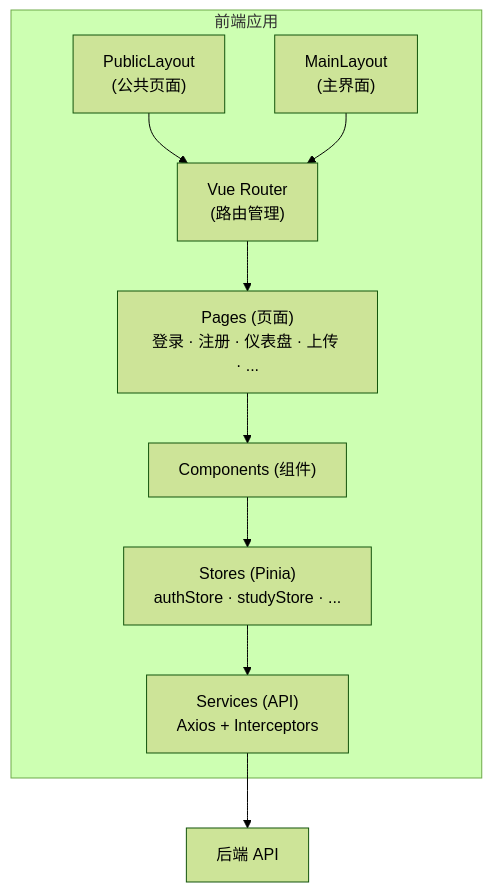
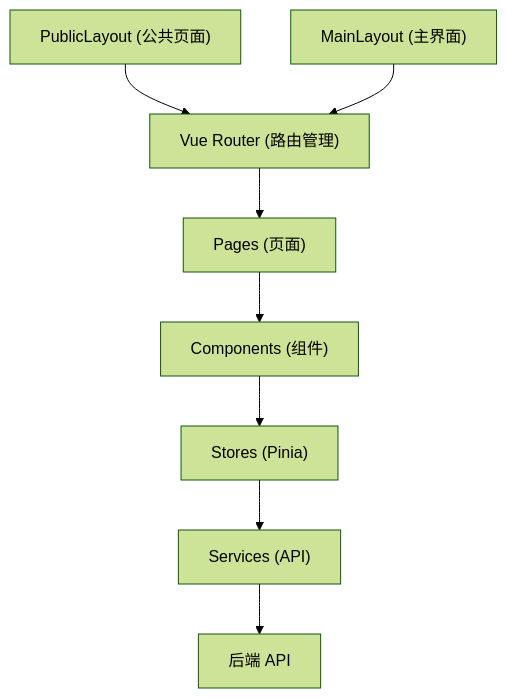
The fourth of 7 diagrams in README.md (xingranya/CervixDetectAI), drawn with Mermaid (forest theme) before and after one commit. The commit also changed other lines of this file and 35 other files, not shown here.

First line of the commit message:
docs(readme): 优化并统一项目文档中的流程图与说明

````diff
--- a/README.md
+++ b/README.md
@@ -256,21 +257,19 @@
 ```mermaid
 flowchart TB
-    subgraph FE["前端应用"]
-        PL["PublicLayout<br/>(公共页面)"]
-        ML["MainLayout<br/>(主界面)"]
-        VR["Vue Router<br/>(路由管理)"]
-        P["Pages (页面)<br/>登录 · 注册 · 仪表盘 · 上传 · ..."]
-        C["Components (组件)"]
-        S["Stores (Pinia)<br/>authStore · studyStore · ..."]
-        SV["Services (API)<br/>Axios + Interceptors"]
-    end
+    PL["PublicLayout (公共页面)"]
+    ML["MainLayout (主界面)"]
+    VR["Vue Router (路由管理)"]
+    P["Pages (页面)"]
+    C["Components (组件)"]
+    S["Stores (Pinia)"]
+    SV["Services (API)"]
+    BE["后端 API"]
 
     PL --> VR
     ML --> VR
     VR --> P
     P --> C
     C --> S
     S --> SV
-
-    SV --> BE["后端 API"]
+    SV --> BE
 ```
````
